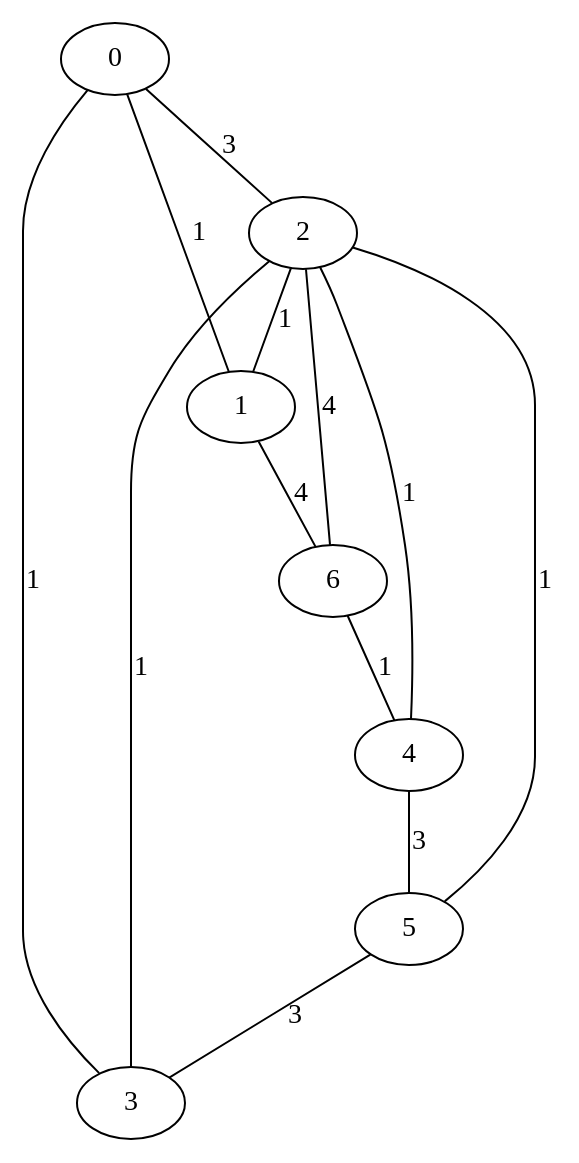
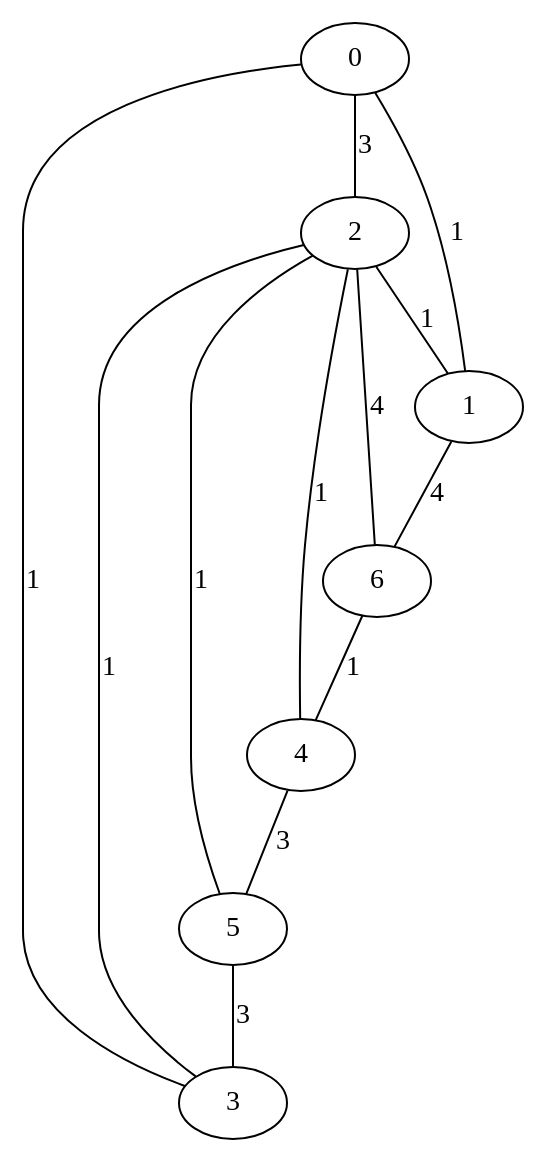
One commit to lebionick/GraphEdit changed the diagram in GraphesLabWork2/output.gv. Above: the diagram before and after it, drawn with Graphviz. The commit also changed 38 other files, not shown here.

Commit message:
Better graph logics added + modified heap

```diff
--- a/GraphesLabWork2/output.gv
+++ b/GraphesLabWork2/output.gv
@@ -1,14 +1,14 @@
 graph{
-0 -- 1[label="1"];
-0 -- 2[label="3"];
-0 -- 3[label="1"];
-2 -- 1[label="1"];
-2 -- 6[label="4"];
-2 -- 4[label="1"];
-2 -- 5[label="1"];
-2 -- 3[label="1"];
-1 -- 6[label="4"];
-6 -- 4[label="1"];
-4 -- 5[label="3"];
-5 -- 3[label="3"];
+0 -- 3[label="1",weight="1"];
+0 -- 2[label="3",weight="3"];
+0 -- 1[label="1",weight="1"];
+1 -- 6[label="4",weight="4"];
+2 -- 3[label="1",weight="1"];
+2 -- 5[label="1",weight="1"];
+2 -- 4[label="1",weight="1"];
+2 -- 6[label="4",weight="4"];
+2 -- 1[label="1",weight="1"];
+4 -- 5[label="3",weight="3"];
+5 -- 3[label="3",weight="3"];
+6 -- 4[label="1",weight="1"];
 }
```
